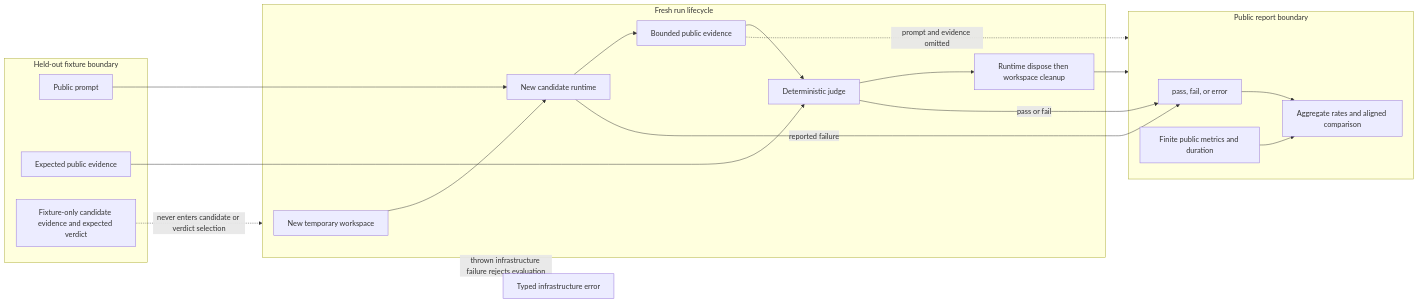
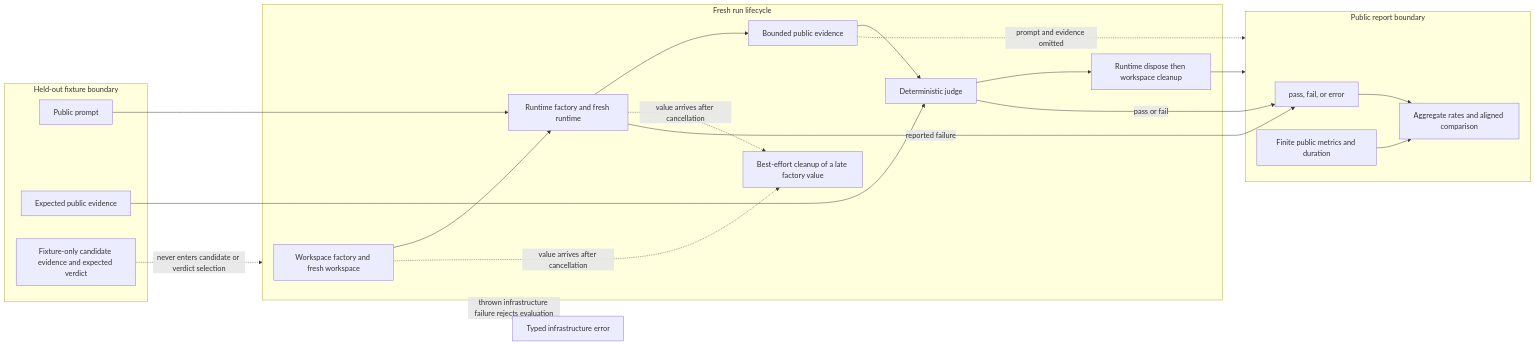
One commit to pifydev/docs changed the diagram in content/en/course/14-agent-evaluation.md. Above: the diagram before and after it, drawn with Mermaid. The commit also changed other lines of this file and 5 other files, not shown here.

````diff
--- a/content/en/course/14-agent-evaluation.md
+++ b/content/en/course/14-agent-evaluation.md
@@ -62,31 +66,34 @@
 ```mermaid
 flowchart LR
   subgraph F[Held-out fixture boundary]
     P[Public prompt]
     X[Expected public evidence]
     O[Fixture-only candidate evidence and expected verdict]
   end
   subgraph H[Fresh run lifecycle]
-    W[New temporary workspace]
-    R[New candidate runtime]
+    W[Workspace factory and fresh workspace]
+    R[Runtime factory and fresh runtime]
     E[Bounded public evidence]
     J[Deterministic judge]
     C[Runtime dispose then workspace cleanup]
+    L[Best-effort cleanup of a late factory value]
     W --> R --> E --> J --> C
+    W -.->|value arrives after cancellation| L
+    R -.->|value arrives after cancellation| L
   end
   subgraph Q[Public report boundary]
     V[pass, fail, or error]
     M[Finite public metrics and duration]
     A[Aggregate rates and aligned comparison]
     V --> A
     M --> A
   end
   P --> R
   X --> J
   O -.->|never enters candidate or verdict selection| H
   J -->|pass or fail| V
   R -->|reported failure| V
   H -.->|thrown infrastructure failure rejects evaluation| I[Typed infrastructure error]
   E -.->|prompt and evidence omitted| Q
   C --> Q
 ```
````
